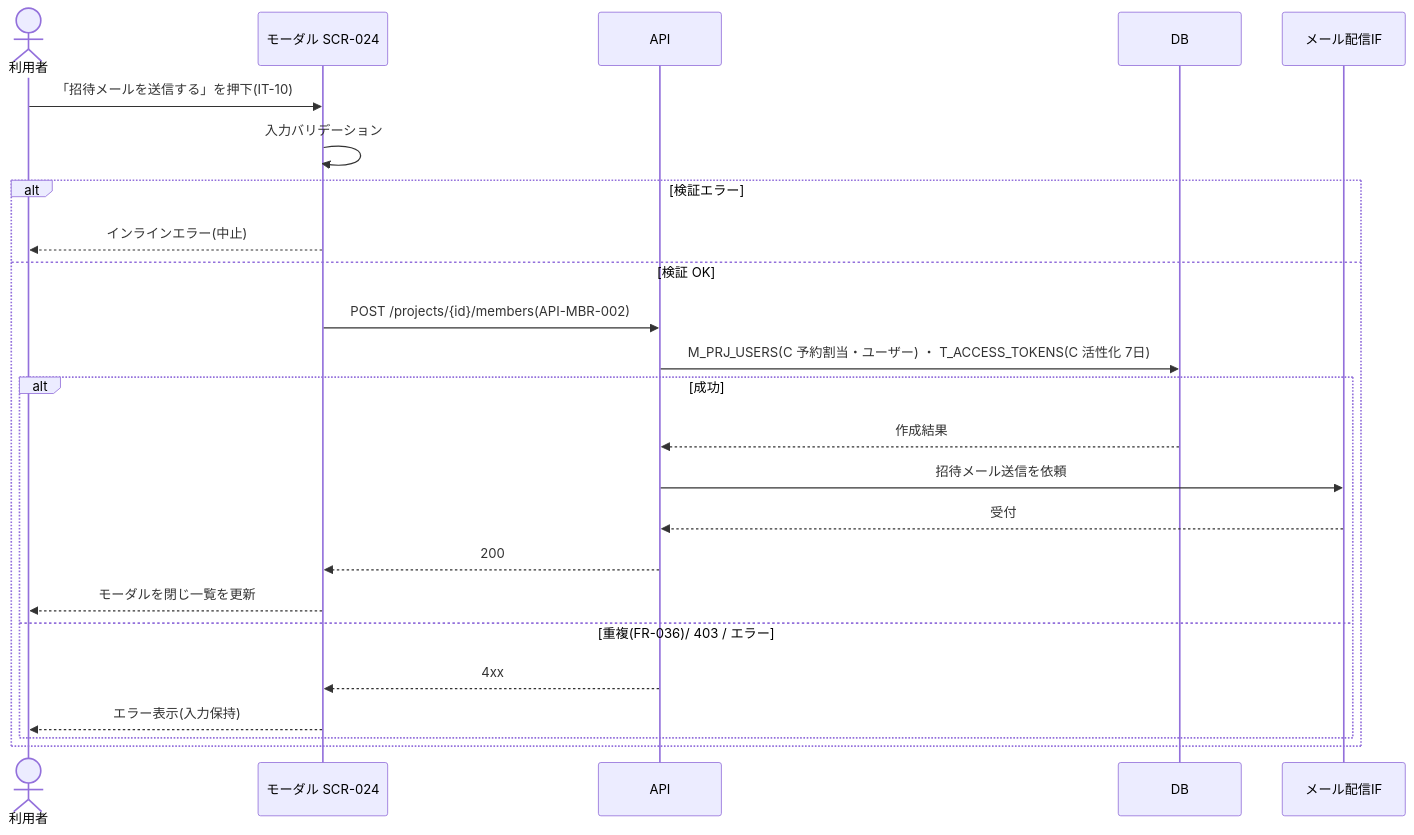
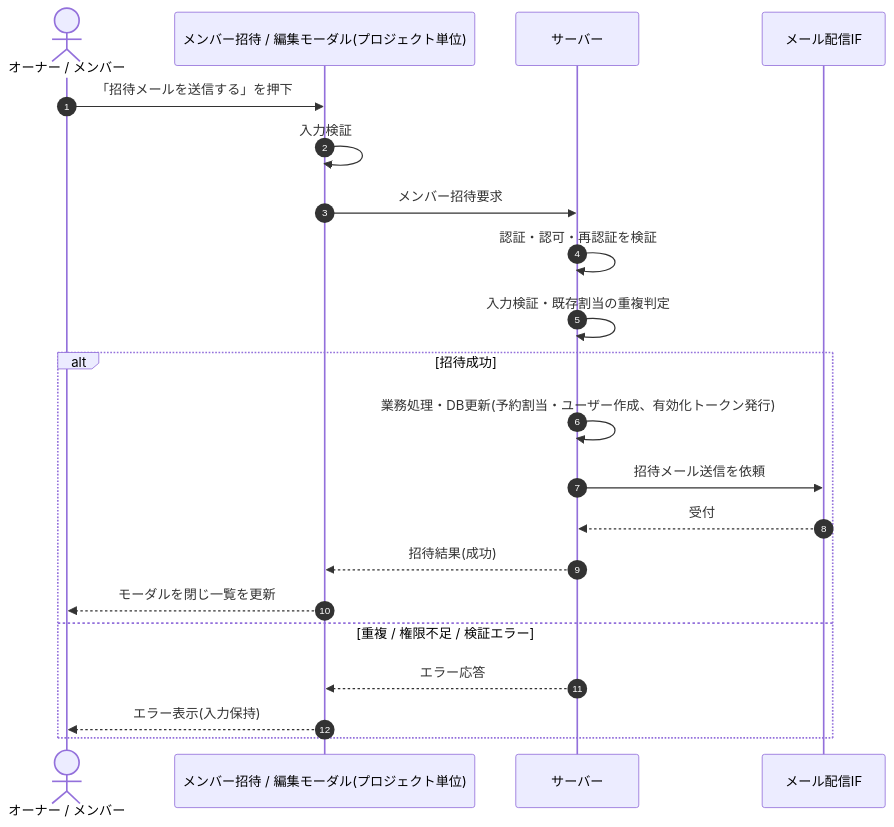
Before and after one commit to sikakou54/open-faq: the diagram in 02_basic_design/05_sequences/SEQ-048.md, drawn with Mermaid. The commit also changed other lines of this file and 108 other files, not shown here.

First line of the commit message:
基本設計: シーケンス図を基本設計粒度(ユーザー/画面/サーバー)へ再編成

````diff
--- a/02_basic_design/05_sequences/SEQ-048.md
+++ b/02_basic_design/05_sequences/SEQ-048.md
@@ -25,26 +32,23 @@
 ```mermaid
 sequenceDiagram
-  actor U as 利用者
-  participant S as モーダル SCR-024
-  participant API as API
-  participant DB as DB
-  participant M as メール配信IF
-  U->>S: 「招待メールを送信する」を押下(IT-10)
-  S->>S: 入力バリデーション
-  alt 検証エラー
-    S-->>U: インラインエラー(中止)
-  else 検証 OK
-    S->>API: POST /projects/{id}/members(API-MBR-002)
-    API->>DB: M_PRJ_USERS(C 予約割当・ユーザー) ・ T_ACCESS_TOKENS(C 活性化 7日)
-    alt 成功
-      DB-->>API: 作成結果
-      API->>M: 招待メール送信を依頼
-      M-->>API: 受付
-      API-->>S: 200
-      S-->>U: モーダルを閉じ一覧を更新
-    else 重複(FR-036)/ 403 / エラー
-      API-->>S: 4xx
-      S-->>U: エラー表示(入力保持)
-    end
+  autonumber
+  actor U as オーナー / メンバー
+  participant Screen as メンバー招待 / 編集モーダル(プロジェクト単位)
+  participant Server as サーバー
+  participant MAIL as メール配信IF
+  U->>Screen: 「招待メールを送信する」を押下
+  Screen->>Screen: 入力検証
+  Screen->>Server: メンバー招待要求
+  Server->>Server: 認証・認可・再認証を検証
+  Server->>Server: 入力検証・既存割当の重複判定
+  alt 招待成功
+    Server->>Server: 業務処理・DB更新(予約割当・ユーザー作成、有効化トークン発行)
+    Server->>MAIL: 招待メール送信を依頼
+    MAIL-->>Server: 受付
+    Server-->>Screen: 招待結果(成功)
+    Screen-->>U: モーダルを閉じ一覧を更新
+  else 重複 / 権限不足 / 検証エラー
+    Server-->>Screen: エラー応答
+    Screen-->>U: エラー表示(入力保持)
   end
 ```
````
